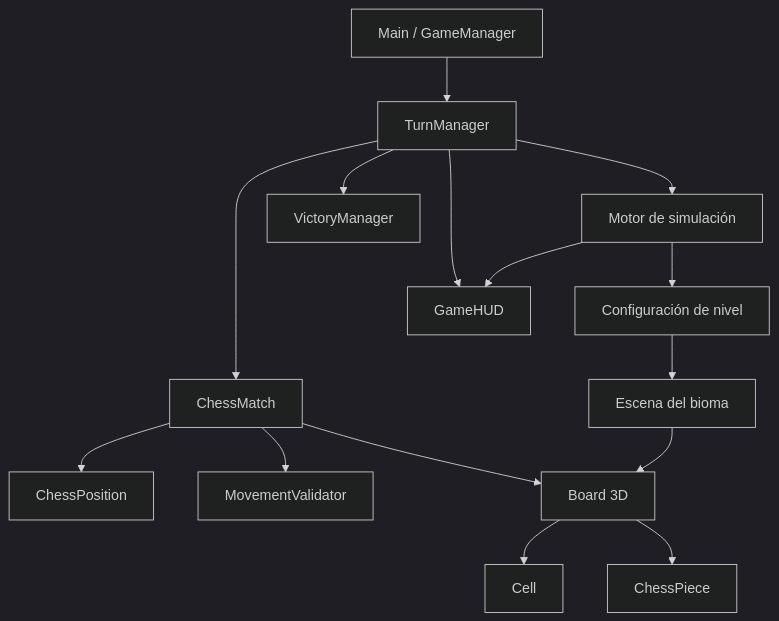
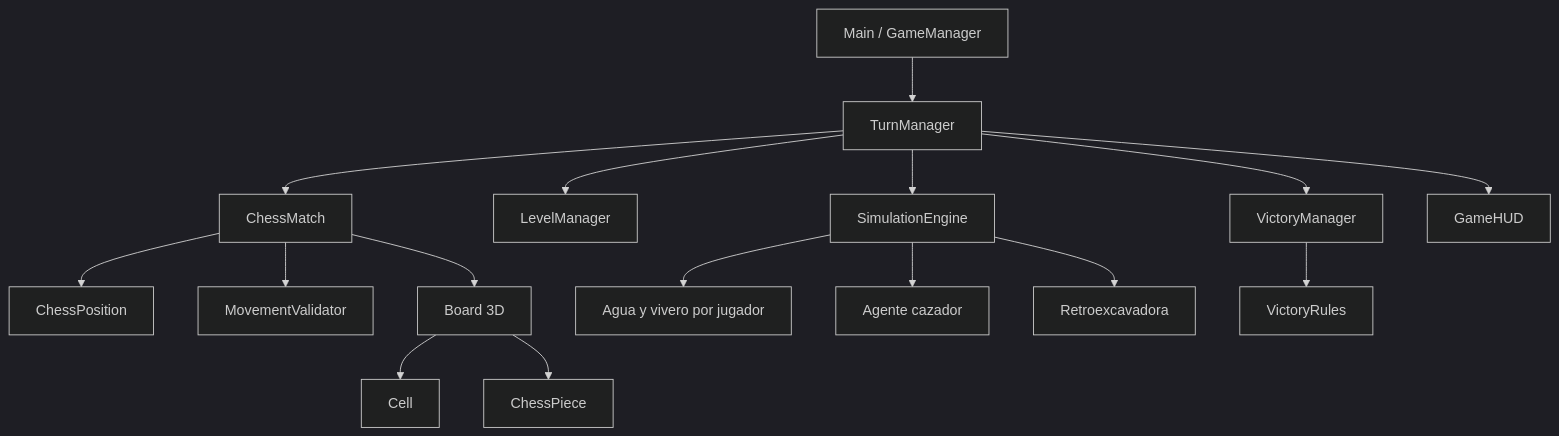
The diagram in docs/arquitectura.md (la00429/Ajedrez-Salvaje), drawn with Mermaid (dark theme) before and after one commit. The commit also changed other lines of this file and 89 other files, not shown here.

````diff
--- a/docs/arquitectura.md
+++ b/docs/arquitectura.md
@@ -9,17 +9,18 @@
 ```mermaid
 flowchart TD
     Main[Main / GameManager] --> Turn[TurnManager]
     Turn --> Match[ChessMatch]
     Match --> Position[ChessPosition]
     Match --> Validator[MovementValidator]
     Match --> Board[Board 3D]
     Board --> Cell[Cell]
     Board --> Pieces[ChessPiece]
-    Turn --> Sim[Motor de simulación]
-    Sim --> Level[Configuración de nivel]
+    Turn --> Level[LevelManager]
+    Turn --> Engine[SimulationEngine]
+    Engine --> Water[Agua y vivero por jugador]
+    Engine --> Hunter[Agente cazador]
+    Engine --> Excavator[Retroexcavadora]
+    Turn --> Victory[VictoryManager]
+    Victory --> Rules[VictoryRules]
     Turn --> HUD[GameHUD]
-    Level --> Biome[Escena del bioma]
-    Biome --> Board
-    Sim --> HUD
-    Turn --> Victory[VictoryManager]
 ```
````
